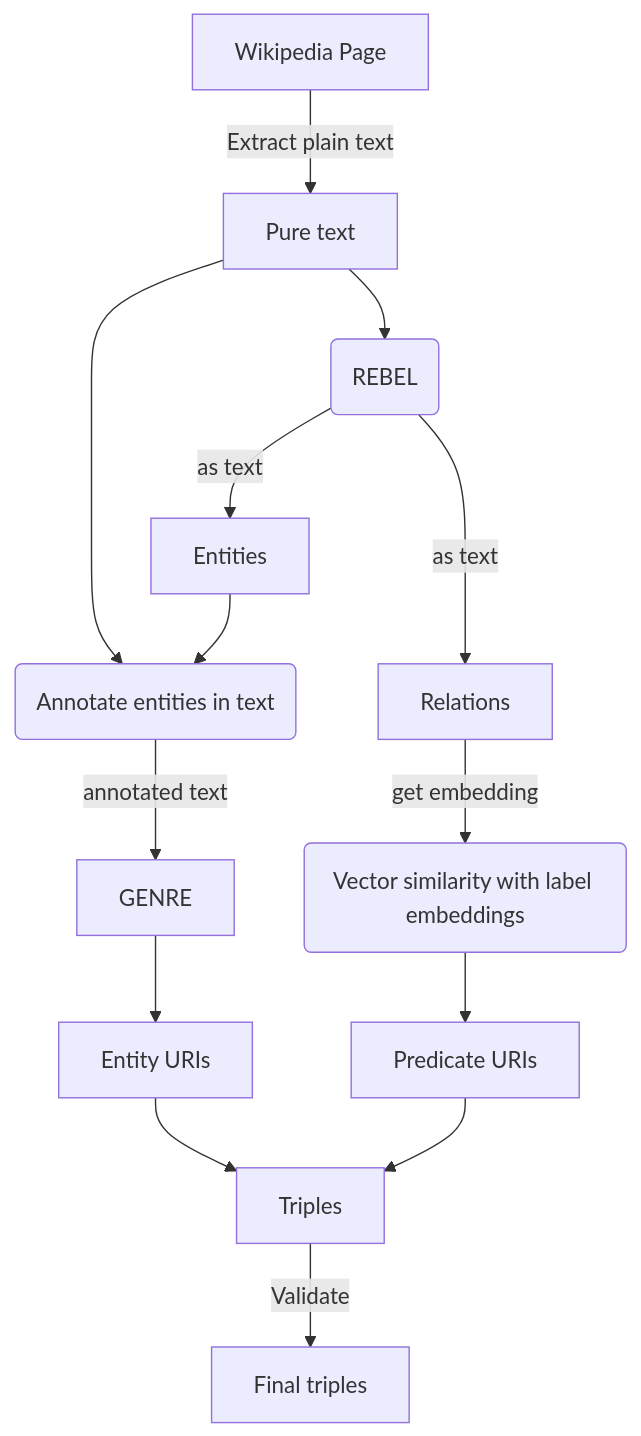
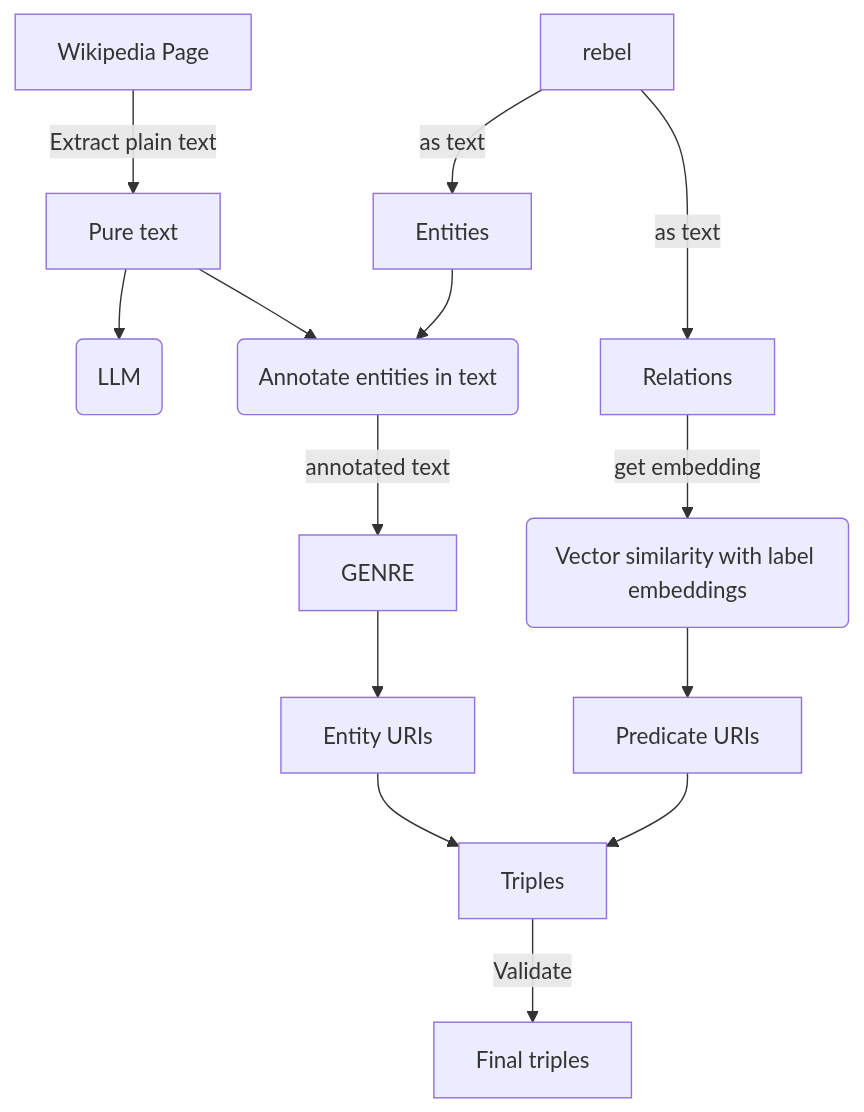
The diagram in index.md (smilingprogrammer/GSoC-2024-blog), drawn with Mermaid before and after one commit.

````diff
--- a/index.md
+++ b/index.md
@@ -30,25 +30,25 @@
 ```mermaid
 graph TD
     wiki_page[Wikipedia Page] --Extract plain text--> pure_text[Pure text]
 
-    pure_text-->rebel(REBEL)
+    pure_text-->llm(LLM)
     rebel--as text-->entities[Entities]
     rebel--as text-->relations[Relations]
     
     relations--get embedding-->vector_similarity(Vector similarity with label embeddings);
     vector_similarity-->predicate_uris[Predicate URIs]
 
     pure_text-->annotation_for_genre(Annotate entities in text)
 
     entities-->annotation_for_genre
 
     annotation_for_genre--annotated text-->genre[GENRE]
 
     genre-->entity_uris[Entity URIs]
     
     entity_uris-->triples[Triples]
     predicate_uris-->triples[Triples]
     triples--Validate-->final_triples[Final triples]
 
     ;
 ```
````
